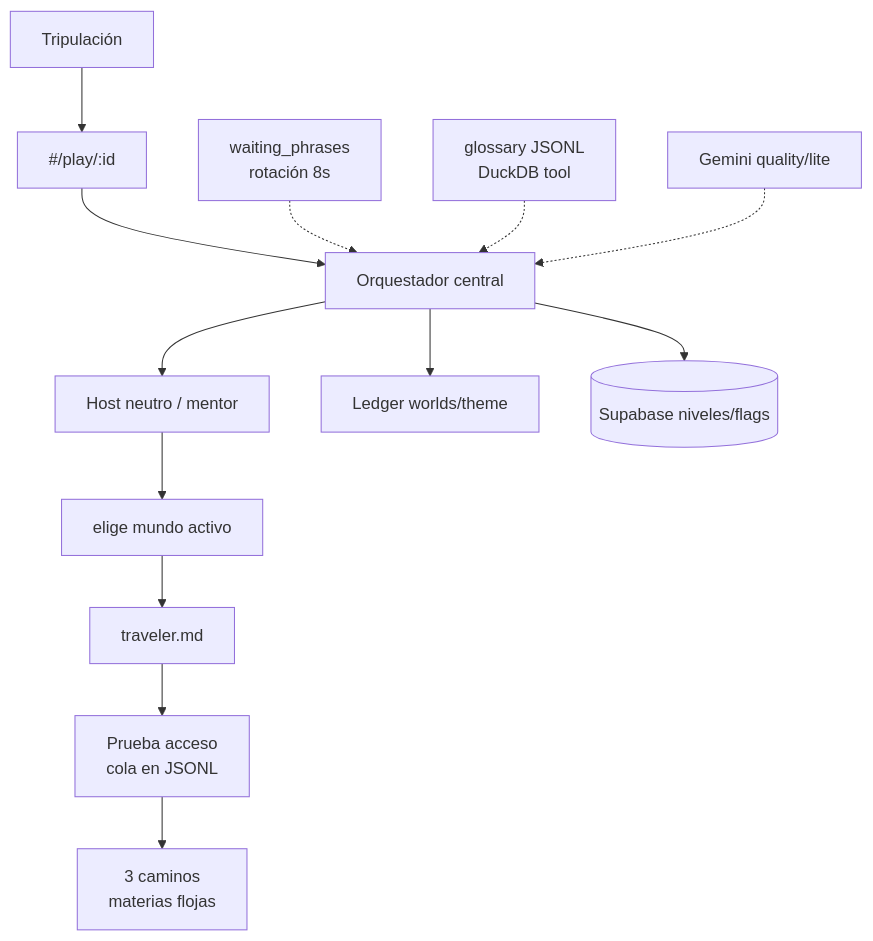
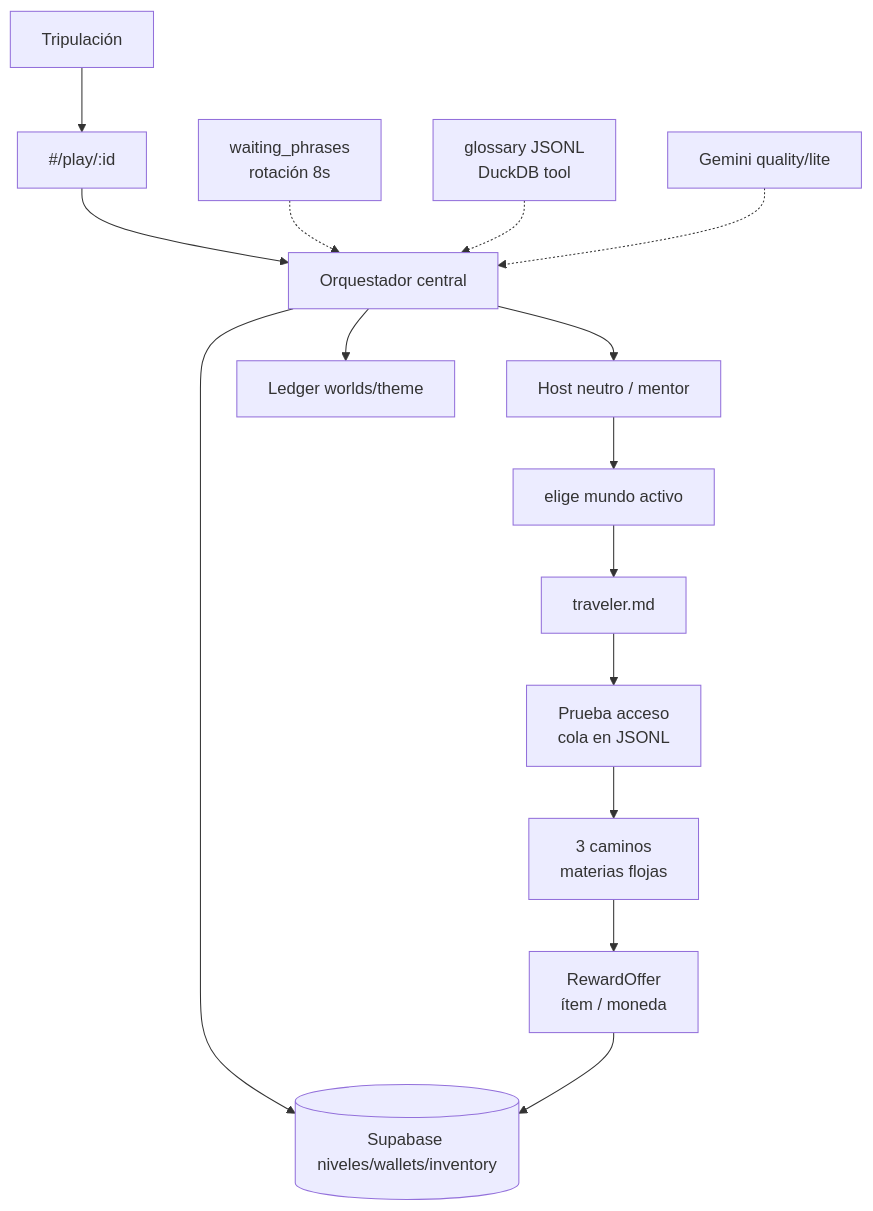
Before and after one commit to KuiperBelt-PRO/kidepik: the diagram in .cursor/diagrams/11-child-adventure-pipeline.md, drawn with Mermaid. The commit also changed other lines of this file and 59 other files, not shown here.

First line of the commit message:
add rewards economy, inventory baggage, and play progress HUD

````diff
--- a/.cursor/diagrams/11-child-adventure-pipeline.md
+++ b/.cursor/diagrams/11-child-adventure-pipeline.md
@@ -7,24 +7,26 @@
 ```mermaid
 flowchart TB
   Crew["Tripulación"]
   Play["#/play/:id"]
   Orch[Orquestador central]
   Host[Host neutro / mentor]
   World[elige mundo activo]
   Char[traveler.md]
   Exam["Prueba acceso<br/>cola en JSONL"]
   Paths["3 caminos<br/>materias flojas"]
+  Rewards["RewardOffer<br/>ítem / moneda"]
   Wait["waiting_phrases<br/>rotación 8s"]
   Gloss["glossary JSONL<br/>DuckDB tool"]
   Mem["Ledger worlds/theme"]
-  PG[(Supabase niveles/flags)]
+  PG[(Supabase niveles/wallets/inventory)]
   Gemini[Gemini quality/lite]
 
   Crew --> Play --> Orch
-  Orch --> Host --> World --> Char --> Exam --> Paths
+  Orch --> Host --> World --> Char --> Exam --> Paths --> Rewards
   Wait -.-> Orch
   Gloss -.-> Orch
   Gemini -.-> Orch
   Orch --> Mem
   Orch --> PG
+  Rewards --> PG
 ```
````
